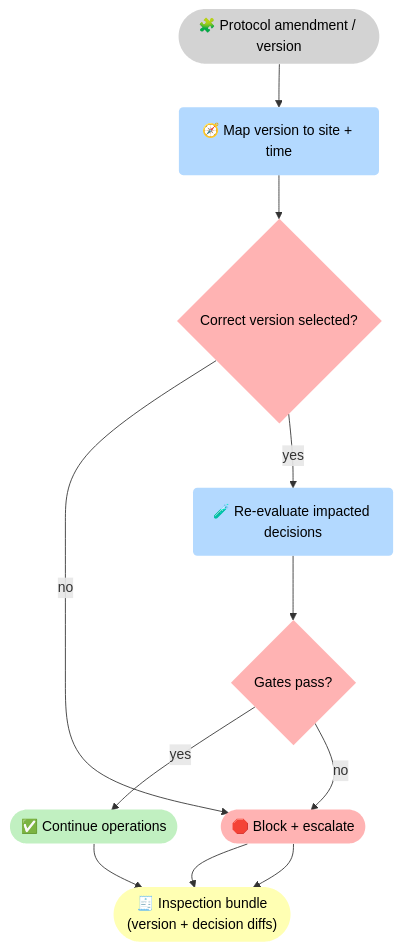
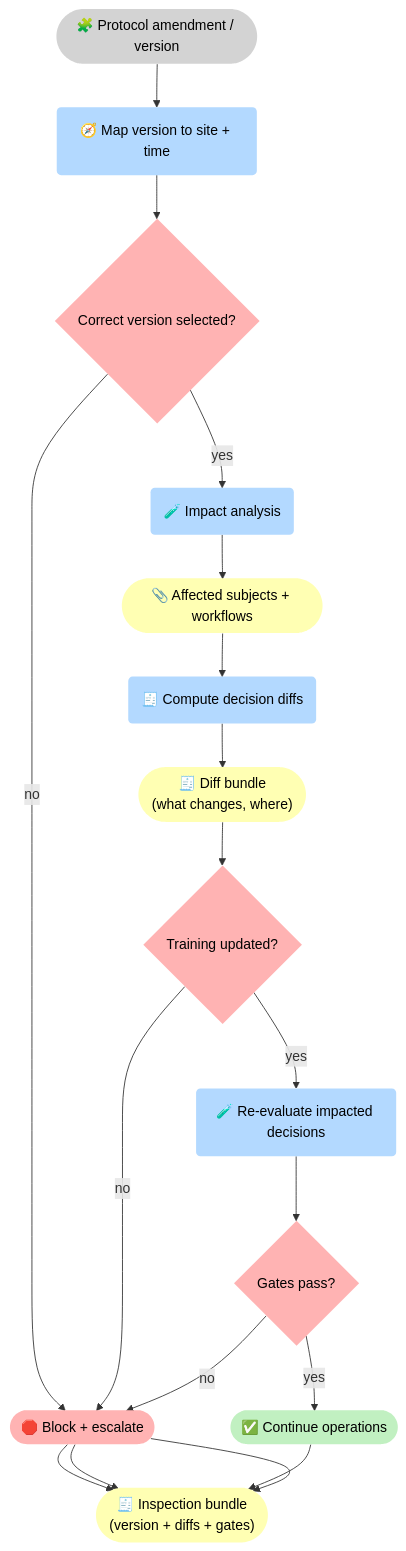
Before and after one commit to 5Reasons/5reasons.github.io: the third of 3 diagrams in docs/case-studies/pharma-clinical-ops.md, drawn with Mermaid. The commit also changed other lines of this file and 8 other files, not shown here.

First line of the commit message:
Enhance case studies with detailed flowcharts and explicit gates

````diff
--- a/docs/case-studies/pharma-clinical-ops.md
+++ b/docs/case-studies/pharma-clinical-ops.md
@@ -123,25 +179,36 @@
 ```mermaid
 flowchart TB
 %% Styles (brModel Standard)
 classDef i fill:#D3D3D3,stroke-width:0px,color:#000;
 classDef p fill:#B3D9FF,stroke-width:0px,color:#000;
 classDef r fill:#FFFFB3,stroke-width:0px,color:#000;
 classDef o fill:#C1F0C1,stroke-width:0px,color:#000;
 classDef s fill:#FFB3B3,stroke-width:0px,color:#000;
 
 I_Am(["🧩 Protocol amendment / version"]):::i
 P_Map("🧭 Map version to site + time"):::p
 G_Ver{"Correct version selected?"}:::s
+S_Stop(["🛑 Block + escalate"]):::s
+
+P_Impact("🧪 Impact analysis"):::p
+R_Aff(["📎 Affected subjects + workflows"]):::r
+P_Diff("🧾 Compute decision diffs"):::p
+R_Diff(["🧾 Diff bundle<br>(what changes, where)"]):::r
+
+G_Train{"Training updated?"}:::s
 P_Reeval("🧪 Re-evaluate impacted decisions"):::p
 G_Gate{"Gates pass?"}:::s
+
 O_OK(["✅ Continue operations"]):::o
-S_Stop(["🛑 Block + escalate"]):::s
-R_Tr(["🧾 Inspection bundle<br>(version + decision diffs)"]):::r
+R_Tr(["🧾 Inspection bundle<br>(version + diffs + gates)"]):::r
 
 I_Am --> P_Map --> G_Ver
 G_Ver -->|"no"| S_Stop --> R_Tr
-G_Ver -->|"yes"| P_Reeval --> G_Gate
+G_Ver -->|"yes"| P_Impact --> R_Aff --> P_Diff --> R_Diff --> G_Train
+
+G_Train -->|"no"| S_Stop --> R_Tr
+G_Train -->|"yes"| P_Reeval --> G_Gate
 
 G_Gate -->|"yes"| O_OK --> R_Tr
 G_Gate -->|"no"| S_Stop --> R_Tr
 ```
````
